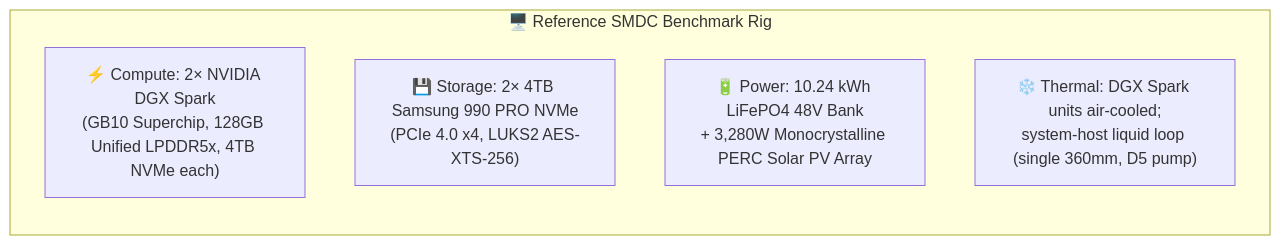
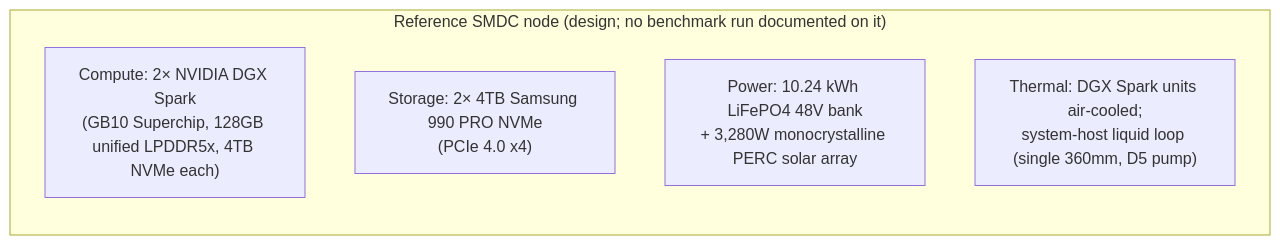
One commit to iliachry/sovereign-mini-datacenter changed the diagram in BENCHMARKS.md. Above: the diagram before and after it, drawn with Mermaid. The commit also changed other lines of this file and 91 other files, not shown here.

````diff
--- a/BENCHMARKS.md
+++ b/BENCHMARKS.md
@@ -14,9 +24,9 @@
 ```mermaid
 flowchart LR
-    subgraph Rig["🖥️ Reference SMDC Benchmark Rig"]
-        C["⚡ Compute: 2× NVIDIA DGX Spark<br/>(GB10 Superchip, 128GB Unified LPDDR5x, 4TB NVMe each)"]
-        S["💾 Storage: 2× 4TB Samsung 990 PRO NVMe<br/>(PCIe 4.0 x4, LUKS2 AES-XTS-256)"]
-        P["🔋 Power: 10.24 kWh LiFePO4 48V Bank<br/>+ 3,280W Monocrystalline PERC Solar PV Array"]
-        T["❄️ Thermal: DGX Spark units air-cooled;<br/>system-host liquid loop (single 360mm, D5 pump)"]
+    subgraph Rig["Reference SMDC node (design; no benchmark run documented on it)"]
+        C["Compute: 2× NVIDIA DGX Spark<br/>(GB10 Superchip, 128GB unified LPDDR5x, 4TB NVMe each)"]
+        S["Storage: 2× 4TB Samsung 990 PRO NVMe<br/>(PCIe 4.0 x4)"]
+        P["Power: 10.24 kWh LiFePO4 48V bank<br/>+ 3,280W monocrystalline PERC solar array"]
+        T["Thermal: DGX Spark units air-cooled;<br/>system-host liquid loop (single 360mm, D5 pump)"]
     end
 ```
````
